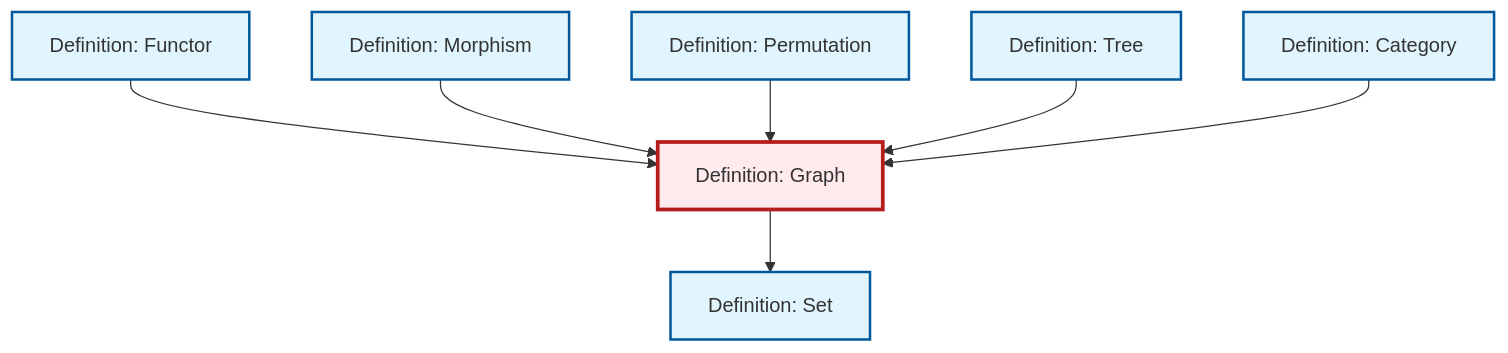
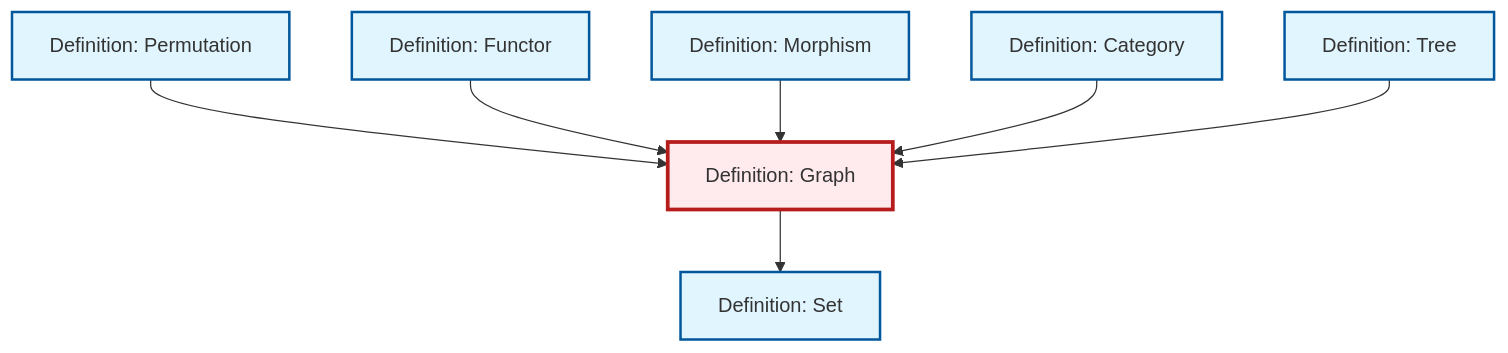
The diagram in content/en/combinatorics/def-graph.qmd (RK0429/ModernMath), drawn with Mermaid before and after one commit. The commit also changed other lines of this file and 581 other files, not shown here.

````diff
--- a/content/en/combinatorics/def-graph.qmd
+++ b/content/en/combinatorics/def-graph.qmd
@@ -93,29 +93,29 @@
 ```{mermaid}
 %%| fig-cap: "Local dependency graph"
 graph TD
     classDef definition fill:#e1f5fe,stroke:#01579b,stroke-width:2px
     classDef theorem fill:#f3e5f5,stroke:#4a148c,stroke-width:2px
     classDef axiom fill:#fff3e0,stroke:#e65100,stroke-width:2px
     classDef example fill:#e8f5e9,stroke:#1b5e20,stroke-width:2px
     classDef current fill:#ffebee,stroke:#b71c1c,stroke-width:3px
     def-graph["Definition: Graph"]:::definition
+    def-morphism["Definition: Morphism"]:::definition
+    def-category["Definition: Category"]:::definition
+    def-tree["Definition: Tree"]:::definition
     def-permutation["Definition: Permutation"]:::definition
-    def-category["Definition: Category"]:::definition
+    def-set["Definition: Set"]:::definition
     def-functor["Definition: Functor"]:::definition
-    def-tree["Definition: Tree"]:::definition
-    def-set["Definition: Set"]:::definition
-    def-morphism["Definition: Morphism"]:::definition
+    def-permutation --> def-graph
     def-functor --> def-graph
     def-morphism --> def-graph
-    def-permutation --> def-graph
+    def-category --> def-graph
     def-graph --> def-set
     def-tree --> def-graph
-    def-category --> def-graph
     class def-graph current
+    click def-morphism "def-morphism.html" "Go to Morphism definition"
+    click def-category "def-category.html" "Go to Category definition"
+    click def-tree "def-tree.html" "Go to Tree definition"
     click def-permutation "def-permutation.html" "Go to Permutation definition"
-    click def-category "def-category.html" "Go to Category definition"
+    click def-set "def-set.html" "Go to Set definition"
     click def-functor "def-functor.html" "Go to Functor definition"
-    click def-tree "def-tree.html" "Go to Tree definition"
-    click def-set "def-set.html" "Go to Set definition"
-    click def-morphism "def-morphism.html" "Go to Morphism definition"
 ```
````
